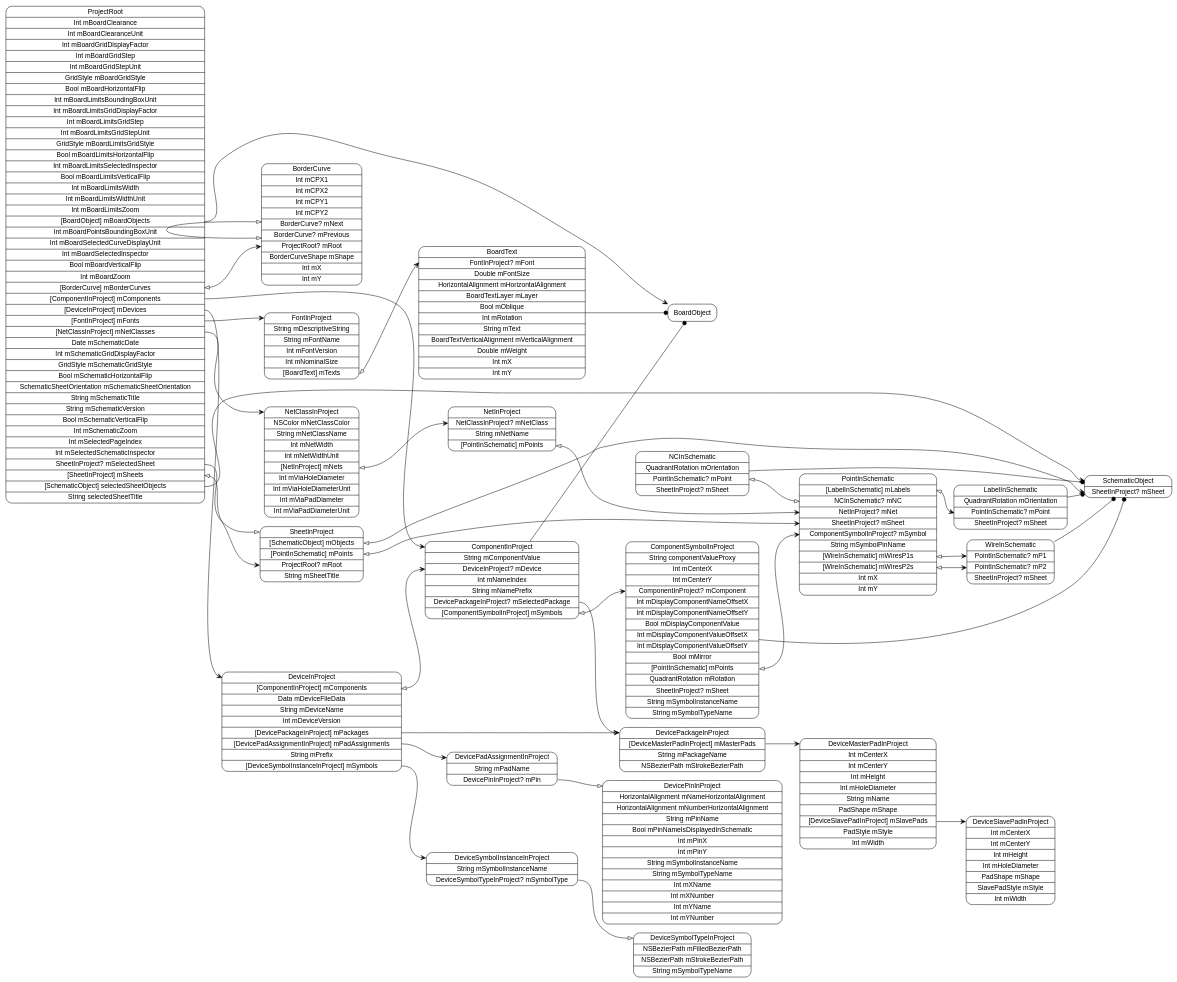
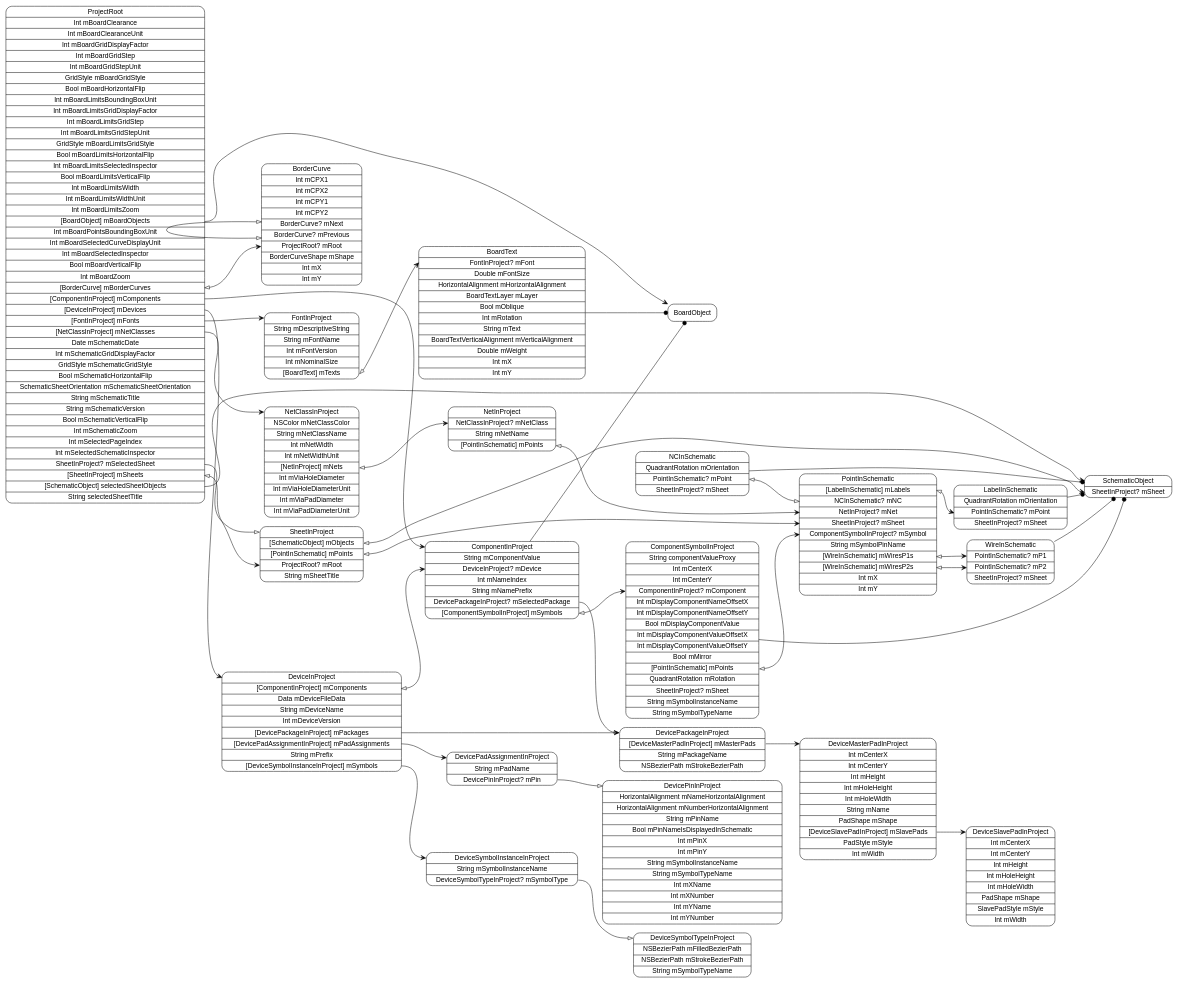
Before and after one commit to pierremolinaro/ElCanari-dev: the diagram in models/ProjectRoot.dot, drawn with Graphviz. The commit also changed 58 other files, not shown here.

Commit message:
Added width and height for pads

```diff
--- a/models/ProjectRoot.dot
+++ b/models/ProjectRoot.dot
@@ -1,63 +1,63 @@
 digraph G {
   rankdir=LR ;
   node [shape=record fontname=helvetica style=rounded] ;
   ProjectRoot[label="<ProjectRoot>ProjectRoot|Int mBoardClearance|Int mBoardClearanceUnit|Int mBoardGridDisplayFactor|Int mBoardGridStep|Int mBoardGridStepUnit|GridStyle mBoardGridStyle|Bool mBoardHorizontalFlip|Int mBoardLimitsBoundingBoxUnit|Int mBoardLimitsGridDisplayFactor|Int mBoardLimitsGridStep|Int mBoardLimitsGridStepUnit|GridStyle mBoardLimitsGridStyle|Bool mBoardLimitsHorizontalFlip|Int mBoardLimitsSelectedInspector|Bool mBoardLimitsVerticalFlip|Int mBoardLimitsWidth|Int mBoardLimitsWidthUnit|Int mBoardLimitsZoom|<mBoardObjects>[BoardObject] mBoardObjects|Int mBoardPointsBoundingBoxUnit|Int mBoardSelectedCurveDisplayUnit|Int mBoardSelectedInspector|Bool mBoardVerticalFlip|Int mBoardZoom|<mBorderCurves>[BorderCurve] mBorderCurves|<mComponents>[ComponentInProject] mComponents|<mDevices>[DeviceInProject] mDevices|<mFonts>[FontInProject] mFonts|<mNetClasses>[NetClassInProject] mNetClasses|Date mSchematicDate|Int mSchematicGridDisplayFactor|GridStyle mSchematicGridStyle|Bool mSchematicHorizontalFlip|SchematicSheetOrientation mSchematicSheetOrientation|String mSchematicTitle|String mSchematicVersion|Bool mSchematicVerticalFlip|Int mSchematicZoom|Int mSelectedPageIndex|Int mSelectedSchematicInspector|<mSelectedSheet>SheetInProject? mSelectedSheet|<mSheets>[SheetInProject] mSheets|<selectedSheetObjects>[SchematicObject] selectedSheetObjects|String selectedSheetTitle"] ;
   SchematicObject[label="<SchematicObject>SchematicObject|<mSheet>SheetInProject? mSheet"] ;
   SheetInProject[label="<SheetInProject>SheetInProject|<mObjects>[SchematicObject] mObjects|<mPoints>[PointInSchematic] mPoints|<mRoot>ProjectRoot? mRoot|String mSheetTitle"] ;
   PointInSchematic[label="<PointInSchematic>PointInSchematic|<mLabels>[LabelInSchematic] mLabels|<mNC>NCInSchematic? mNC|<mNet>NetInProject? mNet|<mSheet>SheetInProject? mSheet|<mSymbol>ComponentSymbolInProject? mSymbol|String mSymbolPinName|<mWiresP1s>[WireInSchematic] mWiresP1s|<mWiresP2s>[WireInSchematic] mWiresP2s|Int mX|Int mY"] ;
   WireInSchematic[label="<WireInSchematic>WireInSchematic|<mP1>PointInSchematic? mP1|<mP2>PointInSchematic? mP2|<mSheet>SheetInProject? mSheet"] ;
   NCInSchematic[label="<NCInSchematic>NCInSchematic|QuadrantRotation mOrientation|<mPoint>PointInSchematic? mPoint|<mSheet>SheetInProject? mSheet"] ;
   LabelInSchematic[label="<LabelInSchematic>LabelInSchematic|QuadrantRotation mOrientation|<mPoint>PointInSchematic? mPoint|<mSheet>SheetInProject? mSheet"] ;
   NetClassInProject[label="<NetClassInProject>NetClassInProject|NSColor mNetClassColor|String mNetClassName|Int mNetWidth|Int mNetWidthUnit|<mNets>[NetInProject] mNets|Int mViaHoleDiameter|Int mViaHoleDiameterUnit|Int mViaPadDiameter|Int mViaPadDiameterUnit"] ;
   NetInProject[label="<NetInProject>NetInProject|<mNetClass>NetClassInProject? mNetClass|String mNetName|<mPoints>[PointInSchematic] mPoints"] ;
   FontInProject[label="<FontInProject>FontInProject|String mDescriptiveString|String mFontName|Int mFontVersion|Int mNominalSize|<mTexts>[BoardText] mTexts"] ;
   BoardText[label="<BoardText>BoardText|<mFont>FontInProject? mFont|Double mFontSize|HorizontalAlignment mHorizontalAlignment|BoardTextLayer mLayer|Bool mOblique|Int mRotation|String mText|BoardTextVerticalAlignment mVerticalAlignment|Double mWeight|Int mX|Int mY"] ;
   DeviceInProject[label="<DeviceInProject>DeviceInProject|<mComponents>[ComponentInProject] mComponents|Data mDeviceFileData|String mDeviceName|Int mDeviceVersion|<mPackages>[DevicePackageInProject] mPackages|<mPadAssignments>[DevicePadAssignmentInProject] mPadAssignments|String mPrefix|<mSymbols>[DeviceSymbolInstanceInProject] mSymbols"] ;
   DeviceSymbolInstanceInProject[label="<DeviceSymbolInstanceInProject>DeviceSymbolInstanceInProject|String mSymbolInstanceName|<mSymbolType>DeviceSymbolTypeInProject? mSymbolType"] ;
   DeviceSymbolTypeInProject[label="<DeviceSymbolTypeInProject>DeviceSymbolTypeInProject|NSBezierPath mFilledBezierPath|NSBezierPath mStrokeBezierPath|String mSymbolTypeName"] ;
   DevicePadAssignmentInProject[label="<DevicePadAssignmentInProject>DevicePadAssignmentInProject|String mPadName|<mPin>DevicePinInProject? mPin"] ;
   DevicePinInProject[label="<DevicePinInProject>DevicePinInProject|HorizontalAlignment mNameHorizontalAlignment|HorizontalAlignment mNumberHorizontalAlignment|String mPinName|Bool mPinNameIsDisplayedInSchematic|Int mPinX|Int mPinY|String mSymbolInstanceName|String mSymbolTypeName|Int mXName|Int mXNumber|Int mYName|Int mYNumber"] ;
   DevicePackageInProject[label="<DevicePackageInProject>DevicePackageInProject|<mMasterPads>[DeviceMasterPadInProject] mMasterPads|String mPackageName|NSBezierPath mStrokeBezierPath"] ;
-  DeviceMasterPadInProject[label="<DeviceMasterPadInProject>DeviceMasterPadInProject|Int mCenterX|Int mCenterY|Int mHeight|Int mHoleDiameter|String mName|PadShape mShape|<mSlavePads>[DeviceSlavePadInProject] mSlavePads|PadStyle mStyle|Int mWidth"] ;
-  DeviceSlavePadInProject[label="<DeviceSlavePadInProject>DeviceSlavePadInProject|Int mCenterX|Int mCenterY|Int mHeight|Int mHoleDiameter|PadShape mShape|SlavePadStyle mStyle|Int mWidth"] ;
+  DeviceMasterPadInProject[label="<DeviceMasterPadInProject>DeviceMasterPadInProject|Int mCenterX|Int mCenterY|Int mHeight|Int mHoleHeight|Int mHoleWidth|String mName|PadShape mShape|<mSlavePads>[DeviceSlavePadInProject] mSlavePads|PadStyle mStyle|Int mWidth"] ;
+  DeviceSlavePadInProject[label="<DeviceSlavePadInProject>DeviceSlavePadInProject|Int mCenterX|Int mCenterY|Int mHeight|Int mHoleHeight|Int mHoleWidth|PadShape mShape|SlavePadStyle mStyle|Int mWidth"] ;
   ComponentInProject[label="<ComponentInProject>ComponentInProject|String mComponentValue|<mDevice>DeviceInProject? mDevice|Int mNameIndex|String mNamePrefix|<mSelectedPackage>DevicePackageInProject? mSelectedPackage|<mSymbols>[ComponentSymbolInProject] mSymbols"] ;
   ComponentSymbolInProject[label="<ComponentSymbolInProject>ComponentSymbolInProject|String componentValueProxy|Int mCenterX|Int mCenterY|<mComponent>ComponentInProject? mComponent|Int mDisplayComponentNameOffsetX|Int mDisplayComponentNameOffsetY|Bool mDisplayComponentValue|Int mDisplayComponentValueOffsetX|Int mDisplayComponentValueOffsetY|Bool mMirror|<mPoints>[PointInSchematic] mPoints|QuadrantRotation mRotation|<mSheet>SheetInProject? mSheet|String mSymbolInstanceName|String mSymbolTypeName"] ;
   BorderCurve[label="<BorderCurve>BorderCurve|Int mCPX1|Int mCPX2|Int mCPY1|Int mCPY2|<mNext>BorderCurve? mNext|<mPrevious>BorderCurve? mPrevious|<mRoot>ProjectRoot? mRoot|BorderCurveShape mShape|Int mX|Int mY"] ;
   BoardObject[label="<BoardObject>BoardObject"] ;
   ProjectRoot:mBoardObjects -> BoardObject:BoardObject [dir=both arrowtail=none arrowhead=vee] ;
   ProjectRoot:mBorderCurves -> BorderCurve:mRoot [dir=both arrowtail=onormal arrowhead=vee] ;
   ProjectRoot:mComponents -> ComponentInProject:ComponentInProject [dir=both arrowtail=none arrowhead=vee] ;
   ProjectRoot:mDevices -> DeviceInProject:DeviceInProject [dir=both arrowtail=none arrowhead=vee] ;
   ProjectRoot:mFonts -> FontInProject:FontInProject [dir=both arrowtail=none arrowhead=vee] ;
   ProjectRoot:mNetClasses -> NetClassInProject:NetClassInProject [dir=both arrowtail=none arrowhead=vee] ;
   ProjectRoot:mSelectedSheet -> SheetInProject:SheetInProject [dir=both arrowtail=none arrowhead=onormal] ;
   ProjectRoot:mSheets -> SheetInProject:mRoot [dir=both arrowtail=onormal arrowhead=vee] ;
   ProjectRoot:selectedSheetObjects -> SchematicObject:SchematicObject [dir=both arrowtail=none arrowhead=vee] ;
   SheetInProject:mObjects -> SchematicObject:mSheet [dir=both arrowtail=onormal arrowhead=vee] ;
   SheetInProject:mPoints -> PointInSchematic:mSheet [dir=both arrowtail=onormal arrowhead=vee] ;
   PointInSchematic:mLabels -> LabelInSchematic:mPoint [dir=both arrowtail=onormal arrowhead=vee] ;
   PointInSchematic:mWiresP1s -> WireInSchematic:mP1 [dir=both arrowtail=onormal arrowhead=vee] ;
   PointInSchematic:mWiresP2s -> WireInSchematic:mP2 [dir=both arrowtail=onormal arrowhead=vee] ;
   WireInSchematic -> SchematicObject [arrowhead=dot] ;
   NCInSchematic -> SchematicObject [arrowhead=dot] ;
   NCInSchematic:mPoint -> PointInSchematic:mNC [dir=both arrowtail=onormal arrowhead=onormal] ;
   LabelInSchematic -> SchematicObject [arrowhead=dot] ;
   NetClassInProject:mNets -> NetInProject:mNetClass [dir=both arrowtail=onormal arrowhead=vee] ;
   NetInProject:mPoints -> PointInSchematic:mNet [dir=both arrowtail=onormal arrowhead=vee] ;
   FontInProject:mTexts -> BoardText:mFont [dir=both arrowtail=onormal arrowhead=vee] ;
   BoardText -> BoardObject [arrowhead=dot] ;
   DeviceInProject:mComponents -> ComponentInProject:mDevice [dir=both arrowtail=onormal arrowhead=vee] ;
   DeviceInProject:mPackages -> DevicePackageInProject:DevicePackageInProject [dir=both arrowtail=none arrowhead=vee] ;
   DeviceInProject:mPadAssignments -> DevicePadAssignmentInProject:DevicePadAssignmentInProject [dir=both arrowtail=none arrowhead=vee] ;
   DeviceInProject:mSymbols -> DeviceSymbolInstanceInProject:DeviceSymbolInstanceInProject [dir=both arrowtail=none arrowhead=vee] ;
   DeviceSymbolInstanceInProject:mSymbolType -> DeviceSymbolTypeInProject:DeviceSymbolTypeInProject [dir=both arrowtail=none arrowhead=onormal] ;
   DevicePadAssignmentInProject:mPin -> DevicePinInProject:DevicePinInProject [dir=both arrowtail=none arrowhead=onormal] ;
   DevicePackageInProject:mMasterPads -> DeviceMasterPadInProject:DeviceMasterPadInProject [dir=both arrowtail=none arrowhead=vee] ;
   DeviceMasterPadInProject:mSlavePads -> DeviceSlavePadInProject:DeviceSlavePadInProject [dir=both arrowtail=none arrowhead=vee] ;
   ComponentInProject -> BoardObject [arrowhead=dot] ;
   ComponentInProject:mSelectedPackage -> DevicePackageInProject:DevicePackageInProject [dir=both arrowtail=none arrowhead=onormal] ;
   ComponentInProject:mSymbols -> ComponentSymbolInProject:mComponent [dir=both arrowtail=onormal arrowhead=vee] ;
   ComponentSymbolInProject -> SchematicObject [arrowhead=dot] ;
   ComponentSymbolInProject:mPoints -> PointInSchematic:mSymbol [dir=both arrowtail=onormal arrowhead=vee] ;
   BorderCurve:mPrevious -> BorderCurve:mNext [dir=both arrowtail=onormal arrowhead=onormal] ;
 }
```
